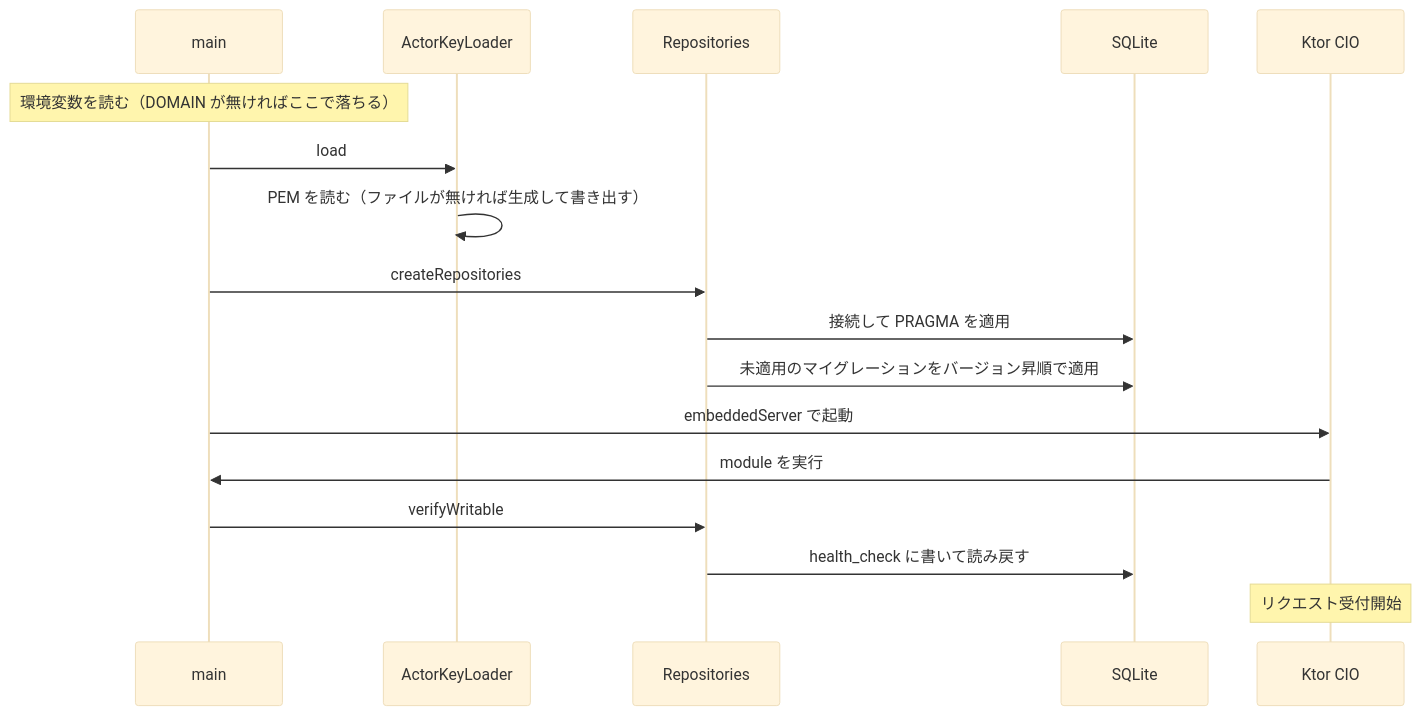
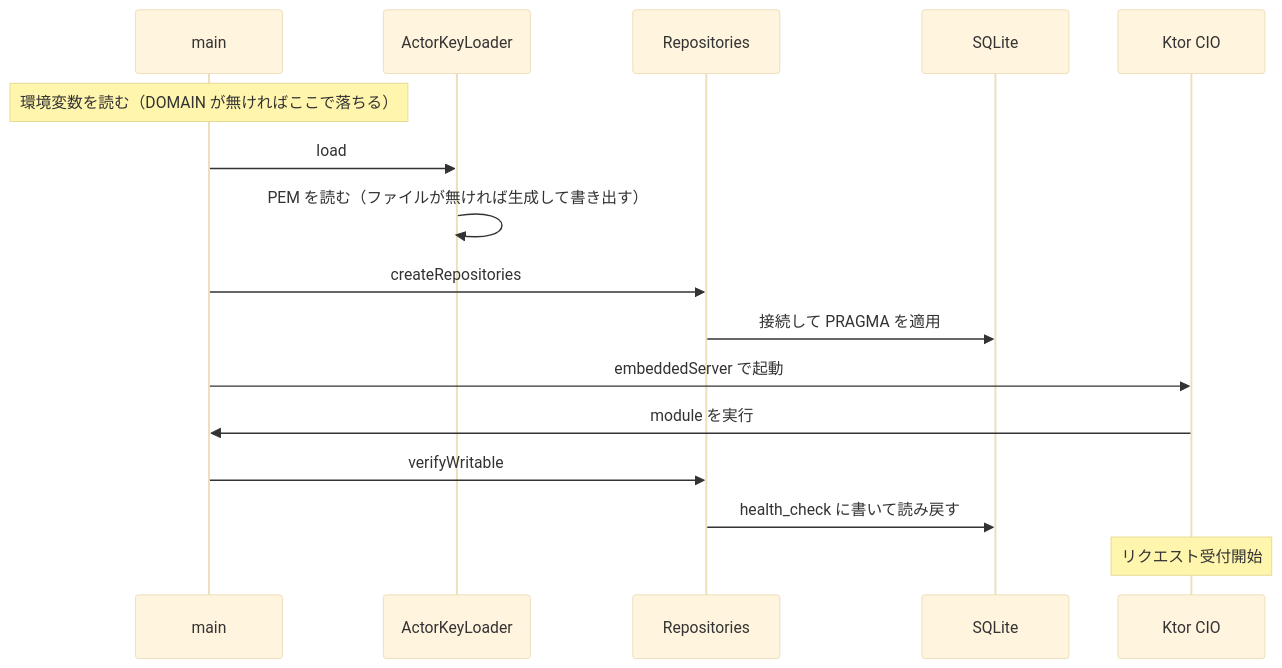
One commit to matsudamper/mastodon-rss changed the diagram in docs/architecture.md. Above: the diagram before and after it, drawn with Mermaid (base theme). The commit also changed other lines of this file and 26 other files, not shown here.

First line of the commit message:
マイグレーションを廃止して schema.sql をスキーマの正にする

````diff
--- a/docs/architecture.md
+++ b/docs/architecture.md
@@ -97,20 +97,19 @@
 ```mermaid
 sequenceDiagram
     participant M as main
     participant A as ActorKeyLoader
     participant R as Repositories
     participant DB as SQLite
     participant K as Ktor CIO
 
     Note over M: 環境変数を読む（DOMAIN が無ければここで落ちる）
     M->>A: load
     A->>A: PEM を読む（ファイルが無ければ生成して書き出す）
     M->>R: createRepositories
     R->>DB: 接続して PRAGMA を適用
-    R->>DB: 未適用のマイグレーションをバージョン昇順で適用
     M->>K: embeddedServer で起動
     K->>M: module を実行
     M->>R: verifyWritable
     R->>DB: health_check に書いて読み戻す
     Note over K: リクエスト受付開始
 ```
````
